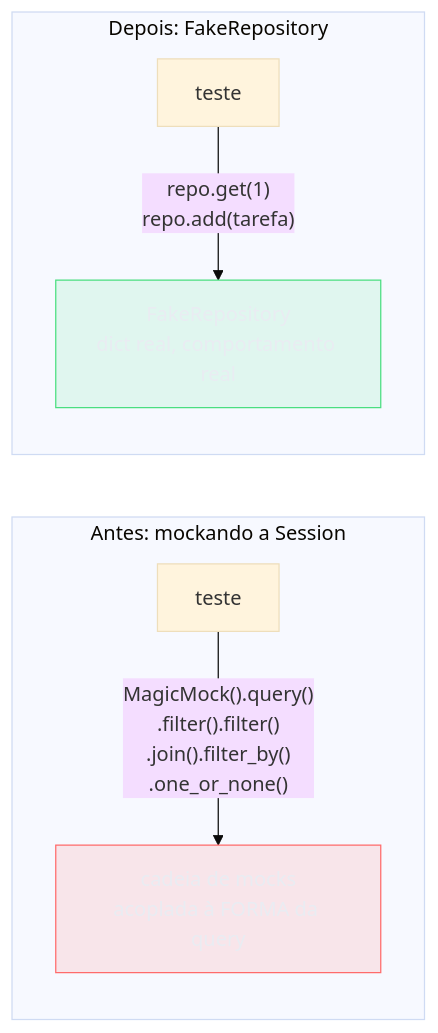
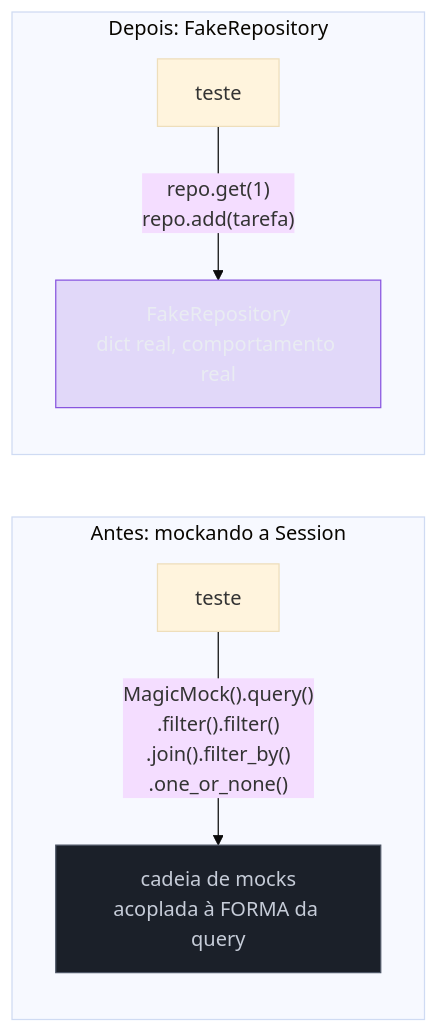
The second of 2 diagrams in 03-Dominios/Tecnologia/Python/Arquitetura e Design Patterns/03 - Repository pattern — abstraindo a persistência.md (josenaldo/codex-technomanticus), drawn with Mermaid (base theme) before and after one commit. The commit also changed other lines of this file and 601 other files, not shown here.

````diff
--- a/03-Dominios/Tecnologia/Python/Arquitetura e Design Patterns/03 - Repository pattern — abstraindo a persistência.md
+++ b/03-Dominios/Tecnologia/Python/Arquitetura e Design Patterns/03 - Repository pattern — abstraindo a persistência.md
@@ -337,15 +337,15 @@
 ```mermaid
 flowchart LR
-    classDef falha fill:#FF6B6B24,stroke:#FF6B6B,color:#E9ECF2
-    classDef ok fill:#4ADE8021,stroke:#4ADE80,color:#E9ECF2
+    classDef marca fill:#8855DF33,stroke:#8855DF,color:#E9ECF2
+    classDef neutro fill:#1B2029,stroke:#4E5666,color:#C6CCD8
     subgraph MockAntigo["Antes: mockando a Session"]
         T1["teste"] -->|"MagicMock().query()<br/>.filter().filter()<br/>.join().filter_by()<br/>.one_or_none()"| M["cadeia de mocks<br/>acoplada à FORMA da query"]
     end
 
     subgraph FakeNovo["Depois: FakeRepository"]
         T2["teste"] -->|"repo.get(1)<br/>repo.add(tarefa)"| F["FakeRepository<br/>dict real, comportamento real"]
     end
 
-    class M falha
-    class F ok
+    class M neutro
+    class F marca
 ```
````
